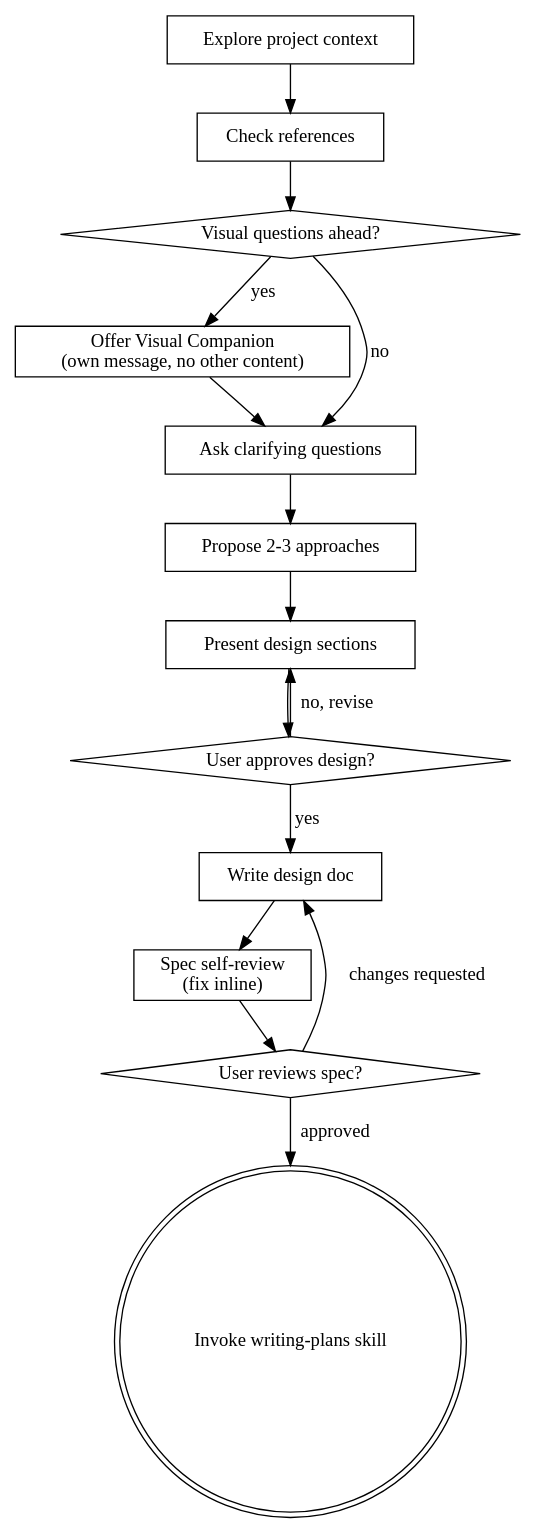
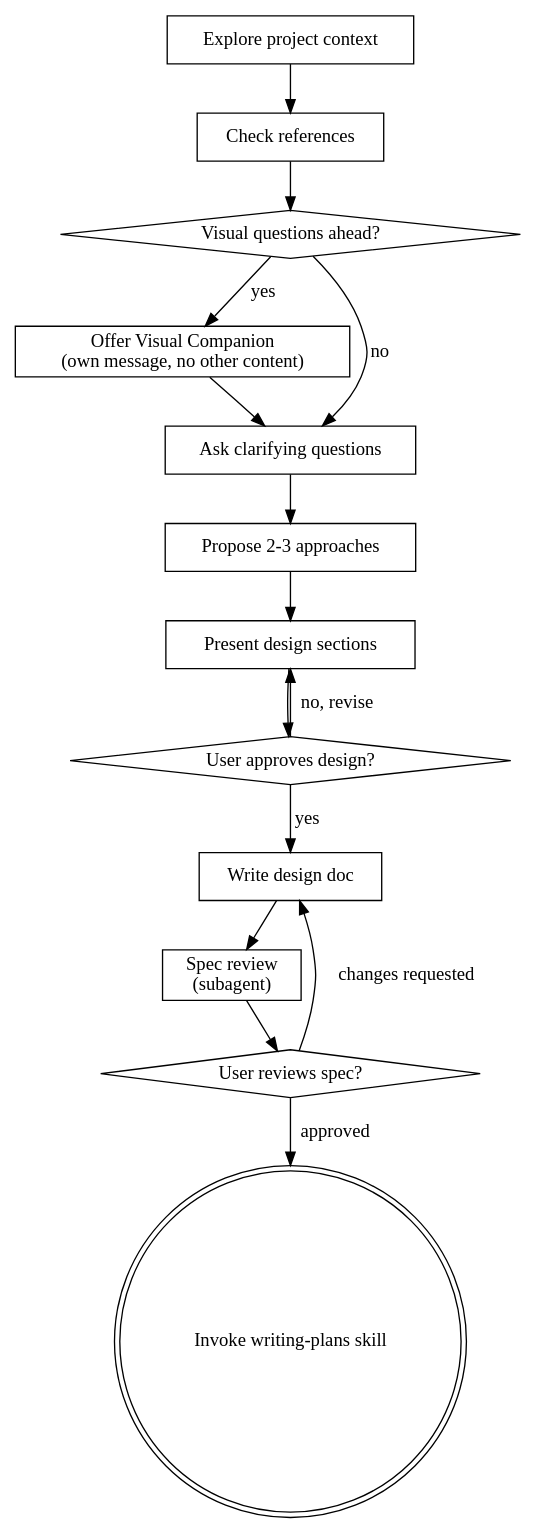
One commit to neorat/tianshu-core changed the diagram in .governance/workflows/brainstorming/SKILL.md. Above: the diagram before and after it, drawn with Graphviz. The commit also changed other lines of this file and 1 other file, not shown here.

````diff
--- a/.governance/workflows/brainstorming/SKILL.md
+++ b/.governance/workflows/brainstorming/SKILL.md
@@ -37,31 +37,31 @@
 ```dot
 digraph brainstorming {
     "Explore project context" [shape=box];
     "Check references" [shape=box];
     "Visual questions ahead?" [shape=diamond];
     "Offer Visual Companion\n(own message, no other content)" [shape=box];
     "Ask clarifying questions" [shape=box];
     "Propose 2-3 approaches" [shape=box];
     "Present design sections" [shape=box];
     "User approves design?" [shape=diamond];
     "Write design doc" [shape=box];
-    "Spec self-review\n(fix inline)" [shape=box];
+    "Spec review\n(subagent)" [shape=box];
     "User reviews spec?" [shape=diamond];
     "Invoke writing-plans skill" [shape=doublecircle];
 
     "Explore project context" -> "Check references";
     "Check references" -> "Visual questions ahead?";
     "Visual questions ahead?" -> "Offer Visual Companion\n(own message, no other content)" [label="yes"];
     "Visual questions ahead?" -> "Ask clarifying questions" [label="no"];
     "Offer Visual Companion\n(own message, no other content)" -> "Ask clarifying questions";
     "Ask clarifying questions" -> "Propose 2-3 approaches";
     "Propose 2-3 approaches" -> "Present design sections";
     "Present design sections" -> "User approves design?";
     "User approves design?" -> "Present design sections" [label="no, revise"];
     "User approves design?" -> "Write design doc" [label="yes"];
-    "Write design doc" -> "Spec self-review\n(fix inline)";
-    "Spec self-review\n(fix inline)" -> "User reviews spec?";
+    "Write design doc" -> "Spec review\n(subagent)";
+    "Spec review\n(subagent)" -> "User reviews spec?";
     "User reviews spec?" -> "Write design doc" [label="changes requested"];
     "User reviews spec?" -> "Invoke writing-plans skill" [label="approved"];
 }
 ```
````
